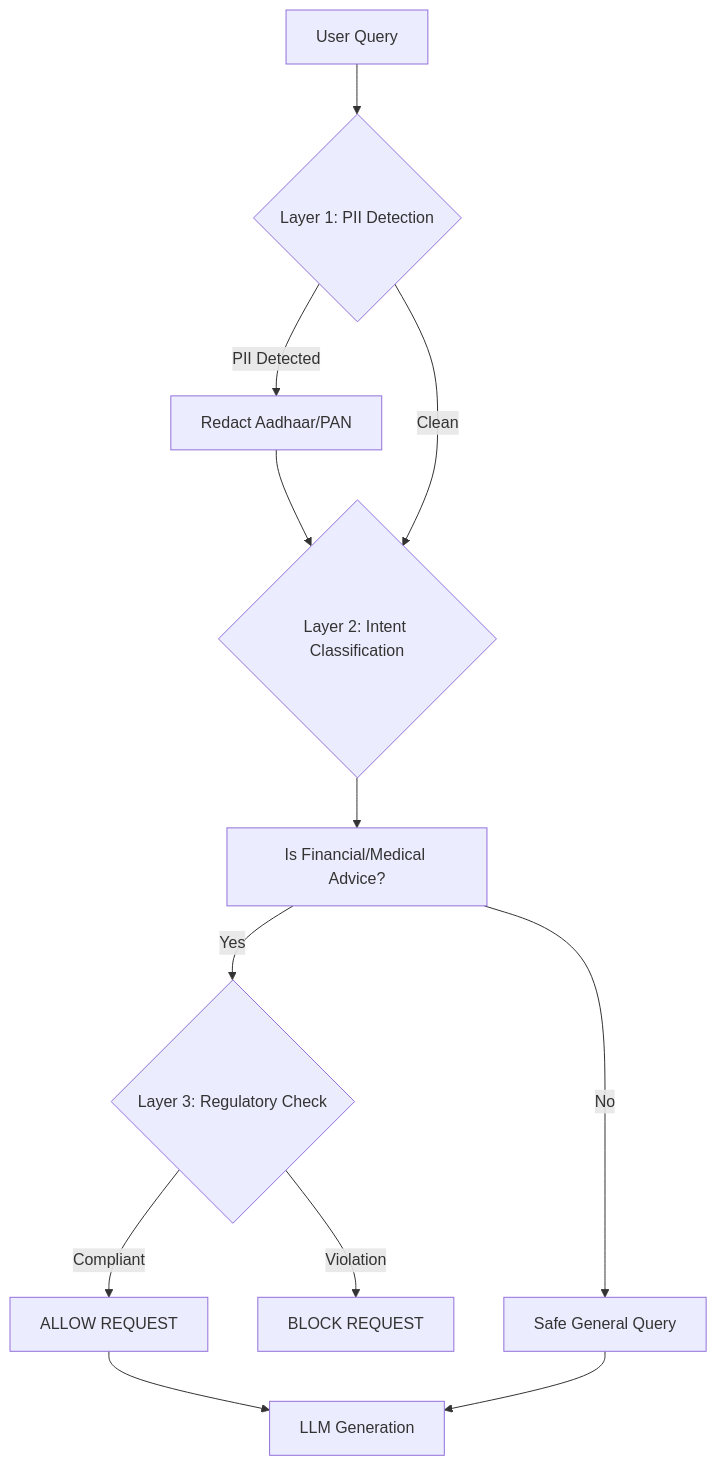
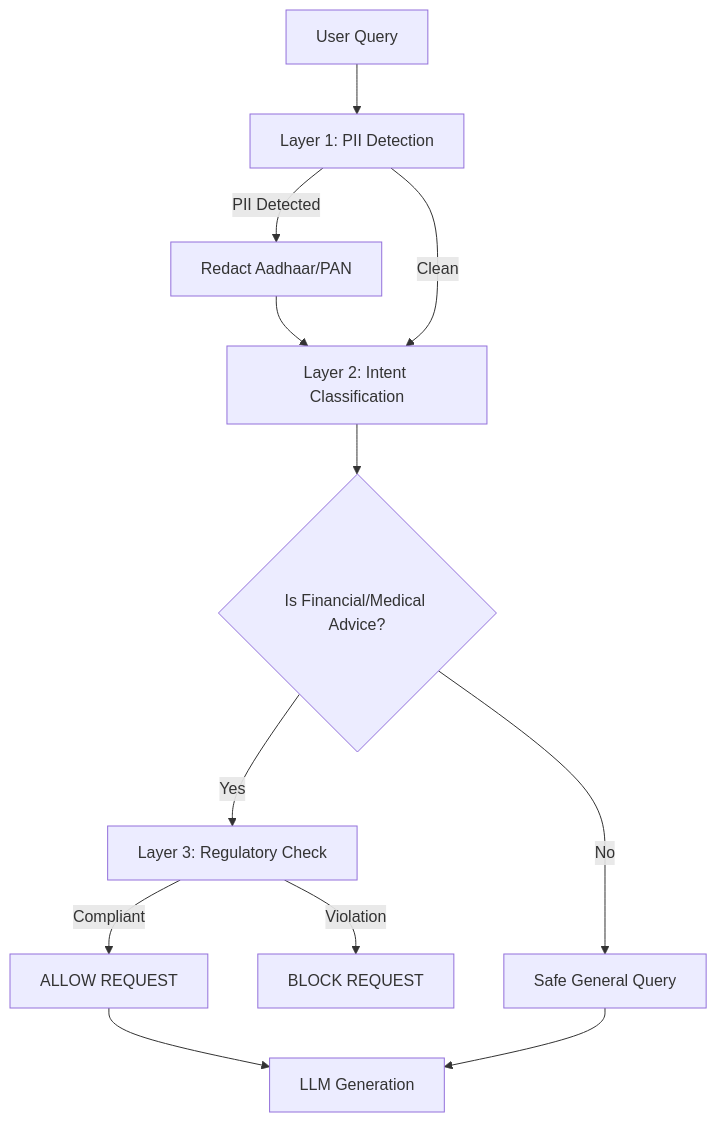
The diagram in REQUIREMENTS.md (Alkur123/india-ai-safety-and-governance-engine), drawn with Mermaid before and after one commit.

````diff
--- a/REQUIREMENTS.md
+++ b/REQUIREMENTS.md
@@ -45,14 +44,20 @@
 ```mermaid
 graph TD
-    A[User Query] --> B{Layer 1: PII Detection}
-    B -- PII Detected --> C[Redact Aadhaar/PAN]
-    C --> D{Layer 2: Intent Classification}
-    B -- Clean --> D
-    D --> E[Is Financial/Medical Advice?]
-    E -- Yes --> F{Layer 3: Regulatory Check}
-    E -- No --> G[Safe General Query]
-    F -- Violation --> H[BLOCK REQUEST]
-    F -- Compliant --> I[ALLOW REQUEST]
+    A[User Query] --> B[Layer 1: PII Detection]
+
+    B -->|PII Detected| C[Redact Aadhaar/PAN]
+    C --> D[Layer 2: Intent Classification]
+
+    B -->|Clean| D
+
+    D --> E{Is Financial/Medical Advice?}
+
+    E -->|Yes| F[Layer 3: Regulatory Check]
+    E -->|No| G[Safe General Query]
+
+    F -->|Violation| H[BLOCK REQUEST]
+    F -->|Compliant| I[ALLOW REQUEST]
+
     I --> J[LLM Generation]
     G --> J
 ```
````
